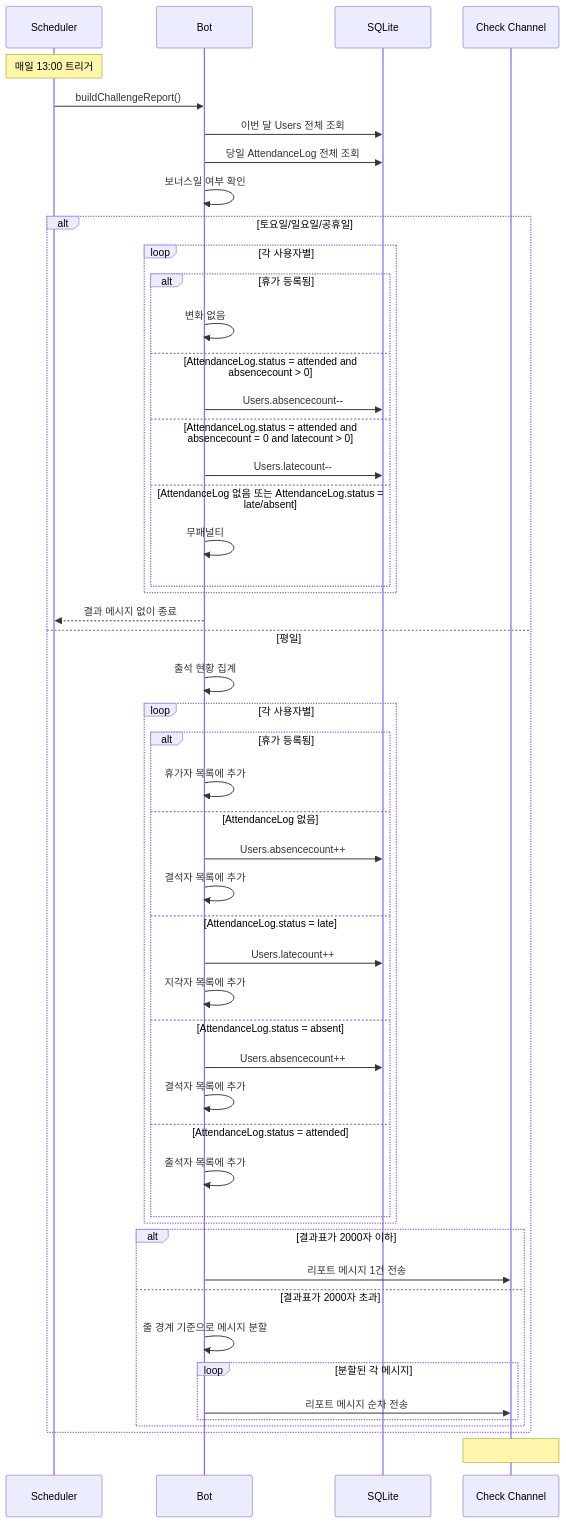
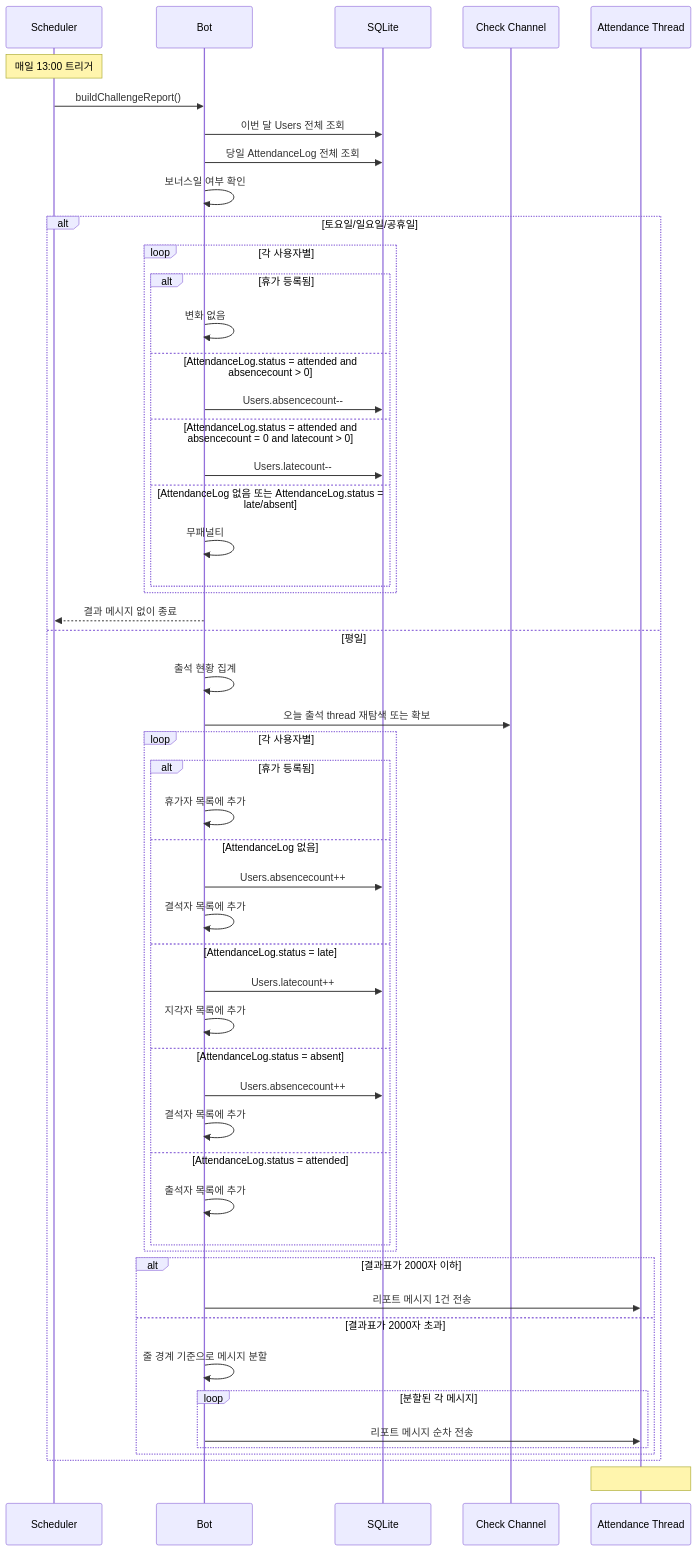
Diagram 11 of 20 in docs/USER_STORIES.md (honki12345/haruharu-discord-bot), drawn with Mermaid before and after one commit. The commit also changed other lines of this file and 5 other files, not shown here.

````diff
--- a/docs/USER_STORIES.md
+++ b/docs/USER_STORIES.md
@@ -418,58 +419,60 @@
 ```mermaid
 sequenceDiagram
     participant S as Scheduler
     participant B as Bot
     participant DB as SQLite
     participant C as Check Channel
+    participant T as Attendance Thread
 
     Note over S: 매일 13:00 트리거
     S->>B: buildChallengeReport()
 
     B->>DB: 이번 달 Users 전체 조회
     B->>DB: 당일 AttendanceLog 전체 조회
 
     B->>B: 보너스일 여부 확인
     alt 토요일/일요일/공휴일
         loop 각 사용자별
             alt 휴가 등록됨
                 B->>B: 변화 없음
             else AttendanceLog.status = attended and absencecount > 0
                 B->>DB: Users.absencecount--
             else AttendanceLog.status = attended and absencecount = 0 and latecount > 0
                 B->>DB: Users.latecount--
             else AttendanceLog 없음 또는 AttendanceLog.status = late/absent
                 B->>B: 무패널티
             end
         end
         B-->>S: 결과 메시지 없이 종료
     else 평일
         B->>B: 출석 현황 집계
+        B->>C: 오늘 출석 thread 재탐색 또는 확보
 
         loop 각 사용자별
             alt 휴가 등록됨
                 B->>B: 휴가자 목록에 추가
             else AttendanceLog 없음
                 B->>DB: Users.absencecount++
                 B->>B: 결석자 목록에 추가
             else AttendanceLog.status = late
                 B->>DB: Users.latecount++
                 B->>B: 지각자 목록에 추가
             else AttendanceLog.status = absent
                 B->>DB: Users.absencecount++
                 B->>B: 결석자 목록에 추가
             else AttendanceLog.status = attended
                 B->>B: 출석자 목록에 추가
             end
         end
 
         alt 결과표가 2000자 이하
-            B->>C: 리포트 메시지 1건 전송
+            B->>T: 리포트 메시지 1건 전송
         else 결과표가 2000자 초과
             B->>B: 줄 경계 기준으로 메시지 분할
             loop 분할된 각 메시지
-                B->>C: 리포트 메시지 순차 전송
+                B->>T: 리포트 메시지 순차 전송
             end
         end
     end
-    Note over C: ### 20251208 출석표<br/>- 홍길동: 출석 (월 누적 지각 0회, 결석 0회, 잔여휴가 5일)<br/>- 이영희: 지각 (월 누적 지각 3회, 결석 1회, 잔여휴가 5일)<br/>- 박민수: 휴가 (월 누적 지각 0회, 결석 0회, 잔여휴가 4일)<br/>- 최민지: 결석 (월 누적 지각 0회, 결석 2회, 잔여휴가 5일)
+    Note over T: ### 20251208 출석표<br/>- 홍길동: 출석 (월 누적 지각 0회, 결석 0회, 잔여휴가 5일)<br/>- 이영희: 지각 (월 누적 지각 3회, 결석 1회, 잔여휴가 5일)<br/>- 박민수: 휴가 (월 누적 지각 0회, 결석 0회, 잔여휴가 4일)<br/>- 최민지: 결석 (월 누적 지각 0회, 결석 2회, 잔여휴가 5일)
 ```
````
